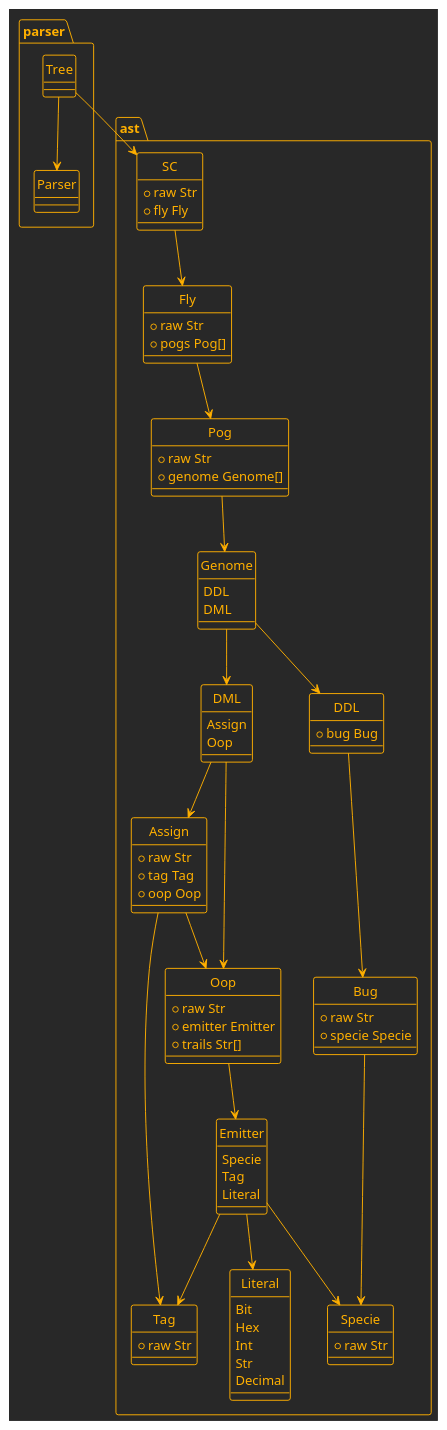
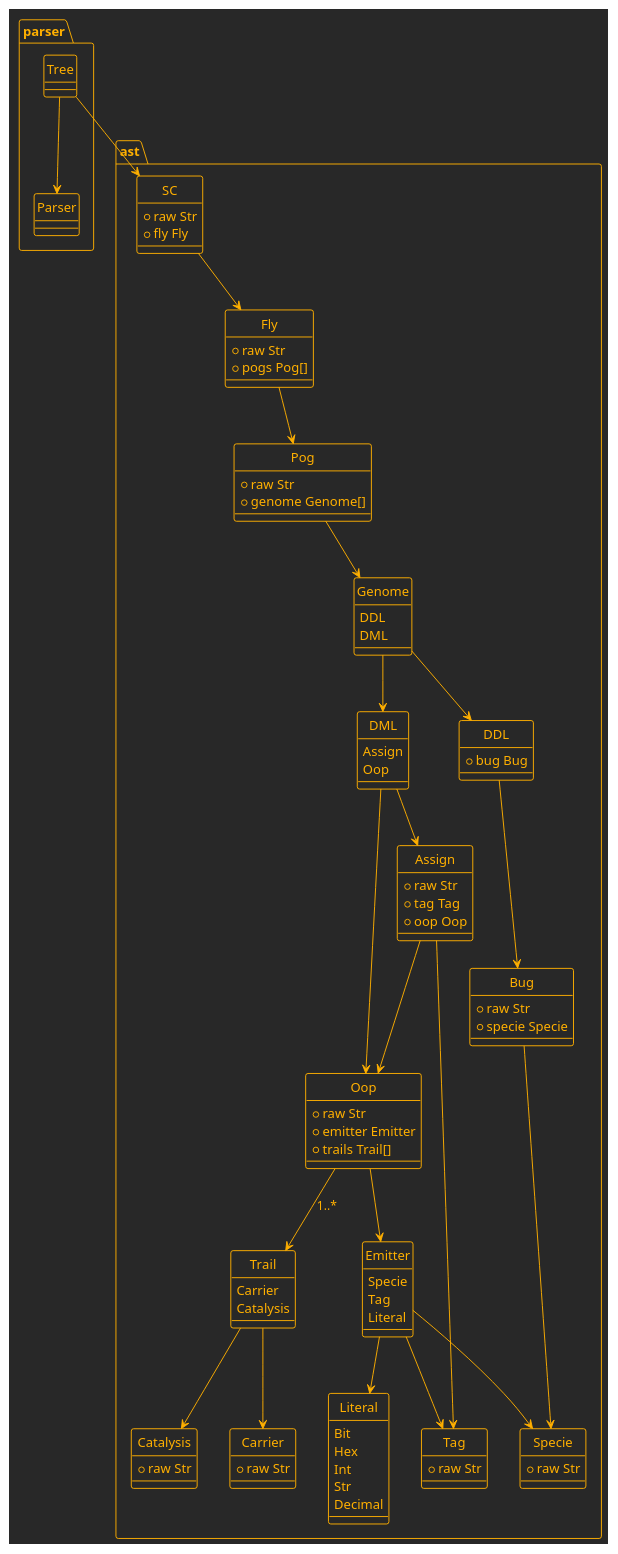
One commit to sc-land/dsl changed the diagram in doc/ast.puml. Above: the diagram before and after it, drawn with PlantUML. The commit also changed 3 other files, not shown here.

First line of the commit message:
feat: add transport system with binds and sequence support

```diff
--- a/doc/ast.puml
+++ b/doc/ast.puml
@@ -1,107 +1,125 @@
 @startuml
 !theme crt-amber
 hide circle
 
 package ast {
     class SC {
         +raw Str
         +fly Fly
     }
 
     class Fly {
         +raw Str
         +pogs Pog[]
     }
 
     class Pog {
         +raw Str
         +genome Genome[]
     }
 
     enum Genome {
         DDL
         DML
     }
 
     enum DML {
         Assign
         Oop
     }
 
     class Assign {
         +raw Str
         +tag Tag
         +oop Oop
     }
 
     class Oop {
         +raw Str
         +emitter Emitter
-        +trails Str[]
+        +trails Trail[]
+    }
+
+    enum Trail {
+        Carrier
+        Catalysis
+    }
+
+    class Catalysis {
+        +raw Str
+    }
+
+    class Carrier {
+        +raw Str
     }
 
     class DDL {
         +bug Bug
     }
 
     class Bug {
         +raw Str
         +specie Specie
     }
 
     enum Emitter {
         Specie
         Tag
         Literal
     }
 
     enum Literal {
         Bit
         Hex
         Int
         Str
         Decimal
     }
 
     class Specie {
         +raw Str
     }
 
     class Tag {
         +raw Str
     }
 }
 
 package parser {
     class Parser
     class Tree
 }
 
 parser.Tree --> ast.SC
 parser.Tree --> parser.Parser
 
 ast.SC --> ast.Fly
 
 ast.Fly --> ast.Pog
 
 ast.Pog --> ast.Genome
 
 ast.Genome --> ast.DDL
 ast.Genome --> ast.DML
 
 ast.DML --> ast.Assign
 ast.DML --> ast.Oop
 
 ast.DDL --> ast.Bug
 
 ast.Assign --> ast.Oop
 ast.Assign --> ast.Tag
-ast.Oop --> ast.Emitter
 
 ast.Emitter --> ast.Literal
 ast.Emitter --> ast.Tag
 ast.Emitter --> ast.Specie
 
 ast.Bug --> ast.Specie
 
+ast.Oop --> ast.Emitter
+ast.Oop --> ast.Trail : 1..*
+
+ast.Trail --> ast.Carrier
+ast.Trail --> ast.Catalysis
+
 @enduml
```
